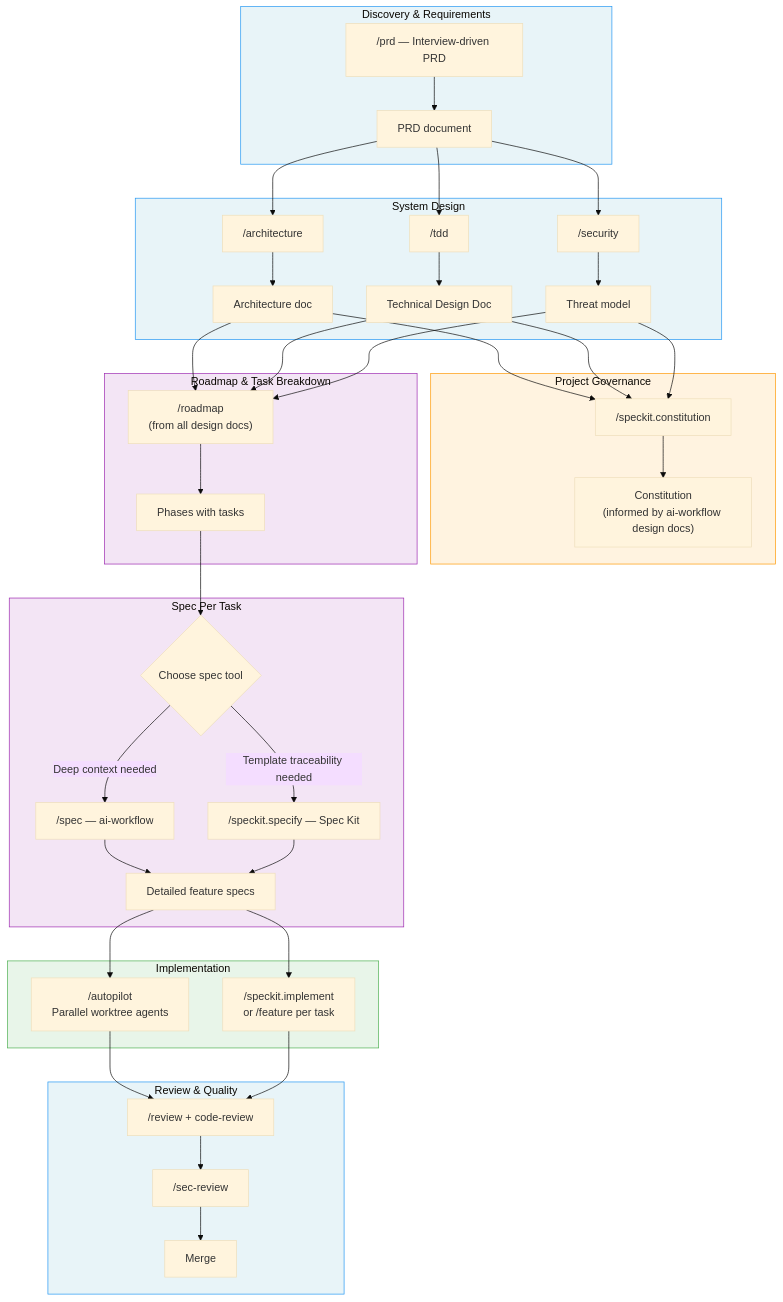
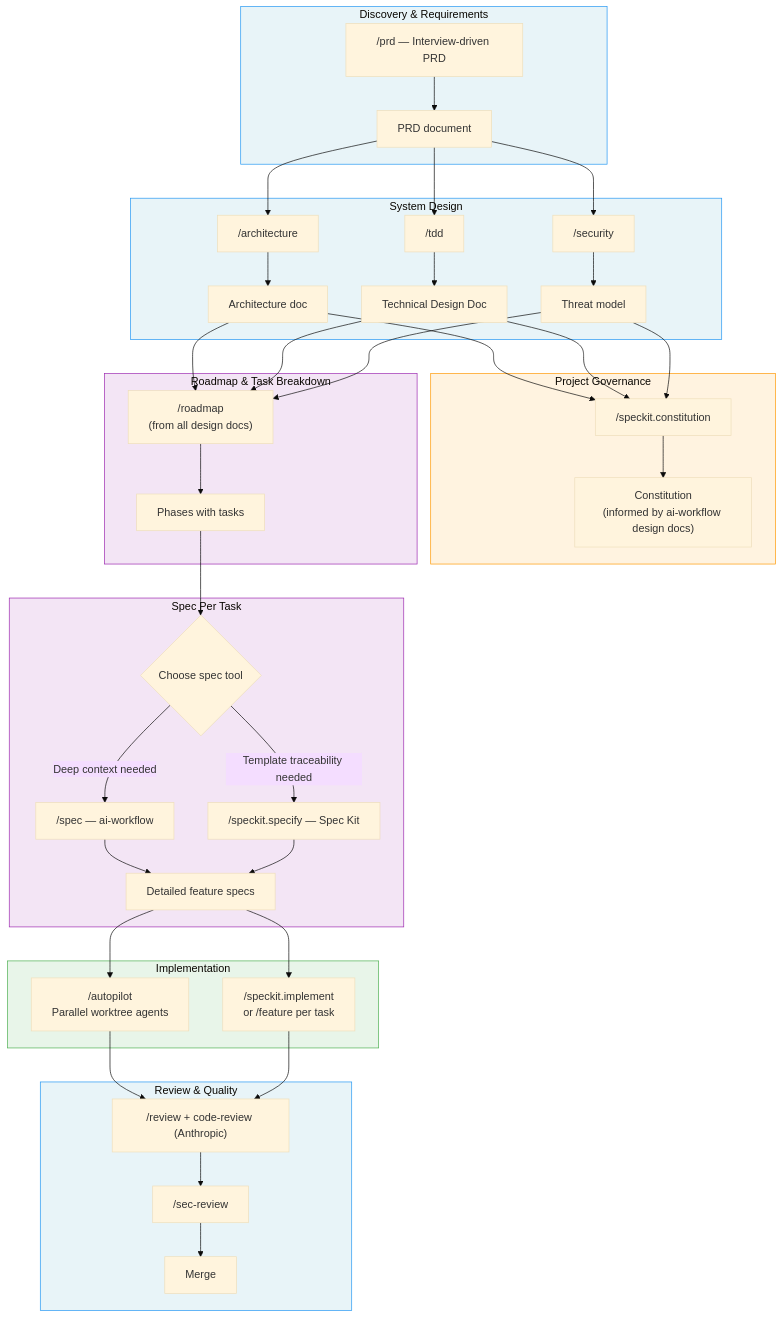
The first of 5 diagrams in docs/speckit-integration.md (0xrafasec/ai-workflow), drawn with Mermaid (base theme) before and after one commit. The commit also changed other lines of this file and 1 other file, not shown here.

First line of the commit message:
docs: disambiguate bare code-review references as Anthropic's skill

````diff
--- a/docs/speckit-integration.md
+++ b/docs/speckit-integration.md
@@ -28,57 +28,57 @@
 ```mermaid
 flowchart TD
     subgraph Discovery ["Discovery & Requirements"]
         A["/prd — Interview-driven PRD"] --> B["PRD document"]
     end
 
     subgraph Design ["System Design"]
         B --> C["/architecture"]
         B --> D["/tdd"]
         B --> E["/security"]
         C --> F["Architecture doc"]
         D --> G["Technical Design Doc"]
         E --> H["Threat model"]
     end
 
     subgraph Constitution ["Project Governance"]
         F --> I["/speckit.constitution"]
         G --> I
         H --> I
         I --> J["Constitution<br/>(informed by ai-workflow design docs)"]
     end
 
     subgraph Planning ["Roadmap & Task Breakdown"]
         F --> R["/roadmap<br/>(from all design docs)"]
         G --> R
         H --> R
         R --> TASKS["Phases with tasks"]
     end
 
     subgraph Specification ["Spec Per Task"]
         TASKS --> K{Choose spec tool}
         K -->|"Deep context needed"| L["/spec — ai-workflow"]
         K -->|"Template traceability needed"| M["/speckit.specify — Spec Kit"]
         L --> N["Detailed feature specs"]
         M --> N
     end
 
     subgraph Execution ["Implementation"]
         N --> T["/autopilot<br/>Parallel worktree agents"]
         N --> U["/speckit.implement<br/>or /feature per task"]
     end
 
     subgraph Review ["Review & Quality"]
-        T --> W["/review + code-review"]
+        T --> W["/review + code-review (Anthropic)"]
         U --> W
         W --> X["/sec-review"]
         X --> Y["Merge"]
     end
 
     style Discovery fill:#e8f4f8,stroke:#2196F3
     style Design fill:#e8f4f8,stroke:#2196F3
     style Constitution fill:#fff3e0,stroke:#FF9800
     style Planning fill:#f3e5f5,stroke:#9C27B0
     style Specification fill:#f3e5f5,stroke:#9C27B0
     style Execution fill:#e8f5e9,stroke:#4CAF50
     style Review fill:#e8f4f8,stroke:#2196F3
 ```
````
